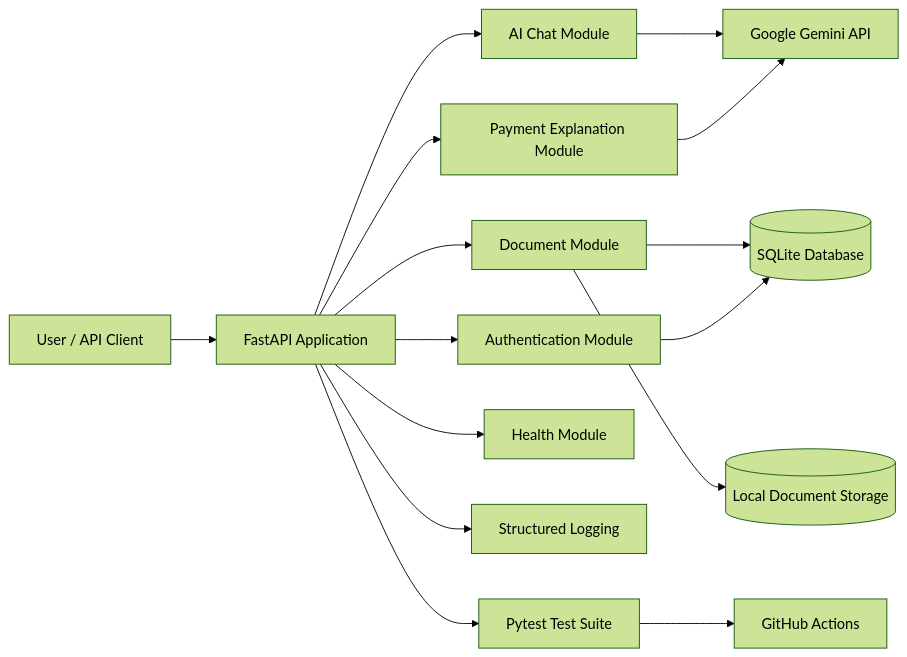
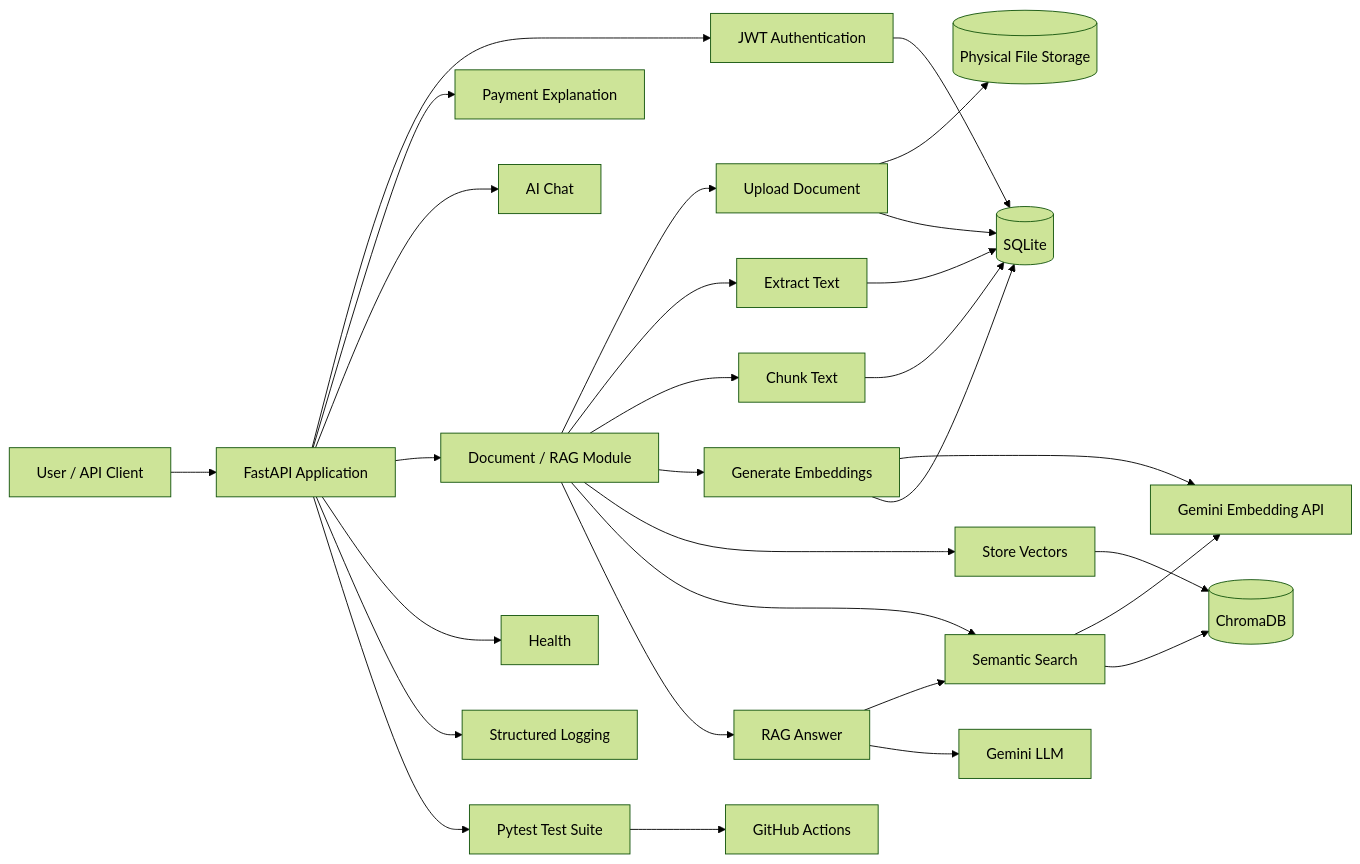
One commit to singhvirendra18gmailcom/Payments changed the diagram in README.md. Above: the diagram before and after it, drawn with Mermaid (forest theme). The commit also changed other lines of this file, not shown here.

````diff
--- a/README.md
+++ b/README.md
@@ -95,21 +121,31 @@
 ```mermaid
 flowchart LR
     U[User / API Client] --> F[FastAPI Application]
-
-    F --> A[Authentication Module]
-    F --> P[Payment Explanation Module]
-    F --> C[AI Chat Module]
-    F --> D[Document Module]
-    F --> H[Health Module]
-
-    A --> DB[(SQLite Database)]
-    D --> FS[(Local Document Storage)]
-    D --> DB
-
-    P --> G[Google Gemini API]
-    C --> G
-
+    F --> A[JWT Authentication]
+    F --> P[Payment Explanation]
+    F --> C[AI Chat]
+    F --> D[Document / RAG Module]
+    F --> H[Health]
+    A --> DB[(SQLite)]
+    D --> UP[Upload Document]
+    UP --> FS[(Physical File Storage)]
+    UP --> DB
+    D --> EX[Extract Text]
+    EX --> DB
+    D --> CH[Chunk Text]
+    CH --> DB
+    D --> EM[Generate Embeddings]
+    EM --> G1[Gemini Embedding API]
+    EM --> DB
+    D --> VS[Store Vectors]
+    VS --> VDB[(ChromaDB)]
+    D --> SS[Semantic Search]
+    SS --> G1
+    SS --> VDB
+    D --> RAG[RAG Answer]
+    RAG --> SS
+    RAG --> G2[Gemini LLM]
     F --> L[Structured Logging]
     F --> T[Pytest Test Suite]
     T --> CI[GitHub Actions]
 ```
````
